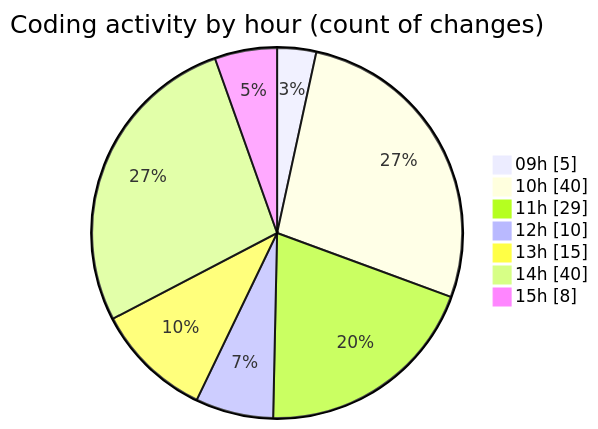
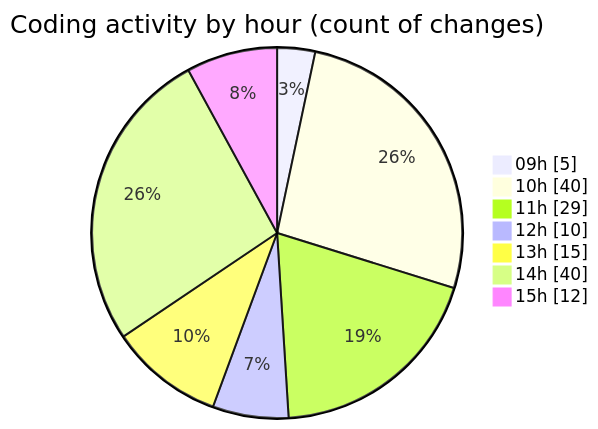
The second of 2 diagrams in 2025-06-02/ecodeli-1/README.md (CELIANVF/code-tracking), drawn with Mermaid before and after one commit. The commit also changed other lines of this file and 1 other file, not shown here.

````diff
--- a/2025-06-02/ecodeli-1/README.md
+++ b/2025-06-02/ecodeli-1/README.md
@@ -91,11 +93,11 @@
 ```mermaid
 pie showData
 title Coding activity by hour (count of changes)
 "09h" : 5
 "10h" : 40
 "11h" : 29
 "12h" : 10
 "13h" : 15
 "14h" : 40
-"15h" : 8
+"15h" : 12
 ```
````
